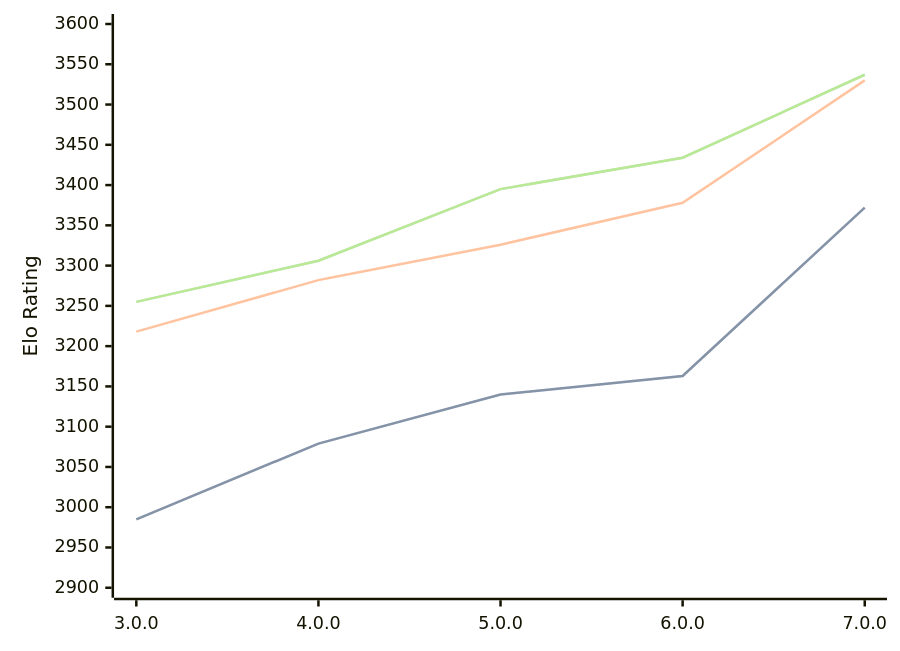
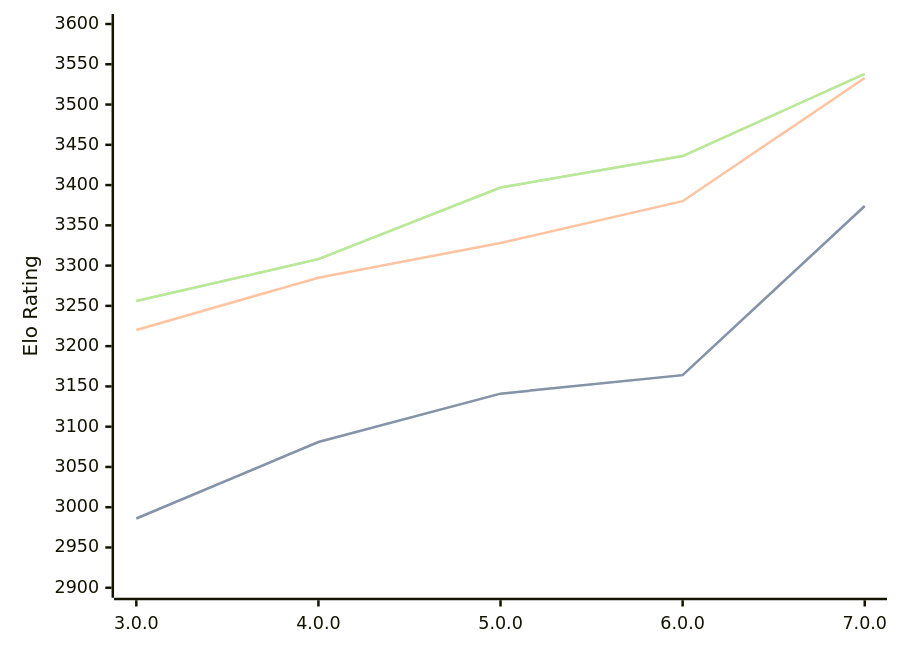
One commit to computer-chess-index/cci changed the diagram in engines/Minke.md. Above: the diagram before and after it, drawn with Mermaid. The commit also changed other lines of this file, not shown here.

Commit message:
Update CCI Ratings (ELO VLTC) - 2026-10-09

````diff
--- a/engines/Minke.md
+++ b/engines/Minke.md
@@ -35,11 +35,11 @@
 ```mermaid
 %%{init: {"theme":"base","themeVariables":{"seriesColors:['#a3a3a3','#222221','#faa371']}}}%%
 xychart-beta
   x-axis ["3.0.0", "4.0.0", "5.0.0", "6.0.0", "7.0.0"]
   y-axis "Elo Rating" 2900 --> 3600
-  line "" [2985, 3079, 3140, 3163, 3372]
-  line "STC (8.0+0.08s)" [2985, 3079, 3140, 3163, 3372]
-  line "LTC (60.0+0.60s)" [3218, 3282, 3326, 3378, 3530]
-  line "" [3255, 3306, 3395, 3434, 3537]
-  line "VLTC (2m24s+1.12s)" [3255, 3306, 3395, 3434, 3537]
+  line "" [2986, 3081, 3141, 3164, 3374]
+  line "STC (8.0+0.08s)" [2986, 3081, 3141, 3164, 3374]
+  line "LTC (60.0+0.60s)" [3220, 3285, 3328, 3380, 3533]
+  line "" [3256, 3308, 3397, 3436, 3538]
+  line "VLTC (2m24s+1.12s)" [3256, 3308, 3397, 3436, 3538]
 ```
````
